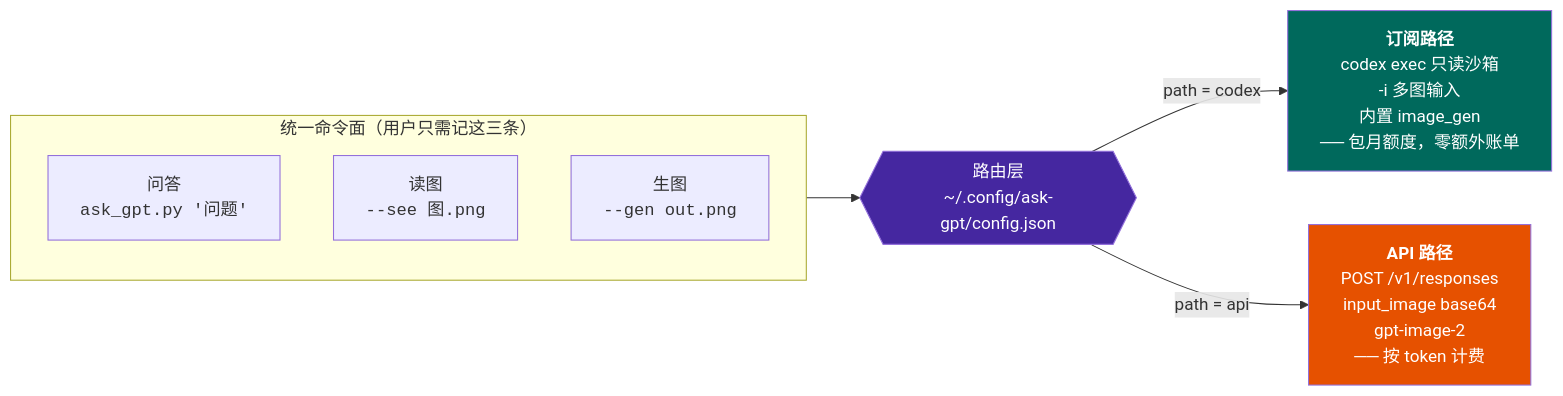
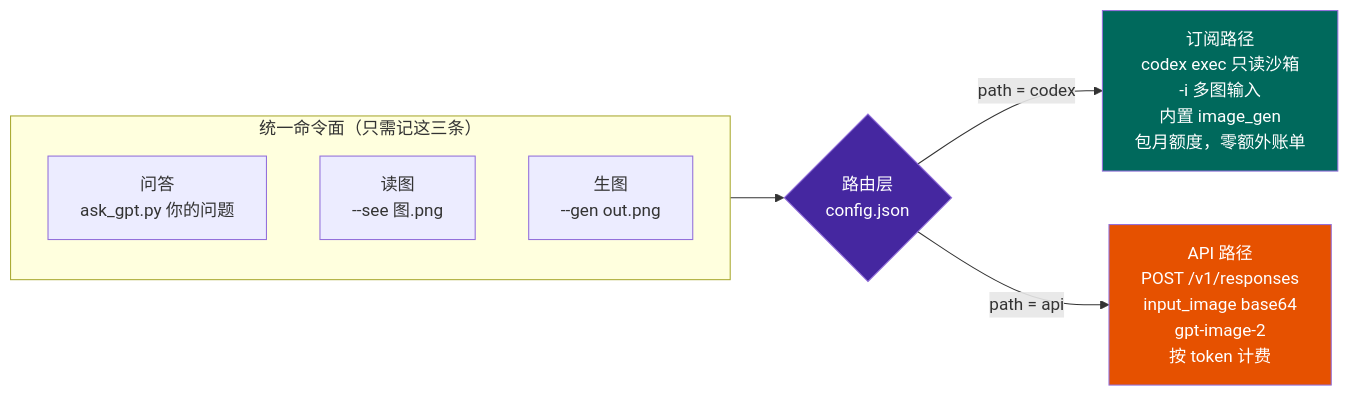
The second of 2 diagrams in README.md (Stefansong/ask-gpt), drawn with Mermaid before and after one commit. The commit also changed other lines of this file, not shown here.

First line of the commit message:
fix: 修正 Mermaid 图在 GitHub 上无法渲染的问题

````diff
--- a/README.md
+++ b/README.md
@@ -84,18 +84,18 @@
 ```mermaid
 flowchart LR
-    subgraph UI["统一命令面（用户只需记这三条）"]
+    subgraph UI["统一命令面（只需记这三条）"]
         direction TB
-        Q["问答<br/><code>ask_gpt.py '问题'</code>"]
-        S["读图<br/><code>--see 图.png</code>"]
-        G["生图<br/><code>--gen out.png</code>"]
+        Q["问答<br/>ask_gpt.py 你的问题"]
+        S["读图<br/>--see 图.png"]
+        G["生图<br/>--gen out.png"]
     end
 
-    UI --> R{{"路由层<br/>~/.config/ask-gpt/config.json"}}
+    UI --> R{"路由层<br/>config.json"}
 
-    R -->|path = codex| SUB["<b>订阅路径</b><br/>codex exec 只读沙箱<br/>-i 多图输入<br/>内置 image_gen<br/>── 包月额度，零额外账单"]
-    R -->|path = api| API["<b>API 路径</b><br/>POST /v1/responses<br/>input_image base64<br/>gpt-image-2<br/>── 按 token 计费"]
+    R -->|path = codex| SUB["订阅路径<br/>codex exec 只读沙箱<br/>-i 多图输入<br/>内置 image_gen<br/>包月额度，零额外账单"]
+    R -->|path = api| API["API 路径<br/>POST /v1/responses<br/>input_image base64<br/>gpt-image-2<br/>按 token 计费"]
 
     style SUB fill:#00695c,color:#fff
     style API fill:#e65100,color:#fff
     style R fill:#4527a0,color:#fff
 ```
````
